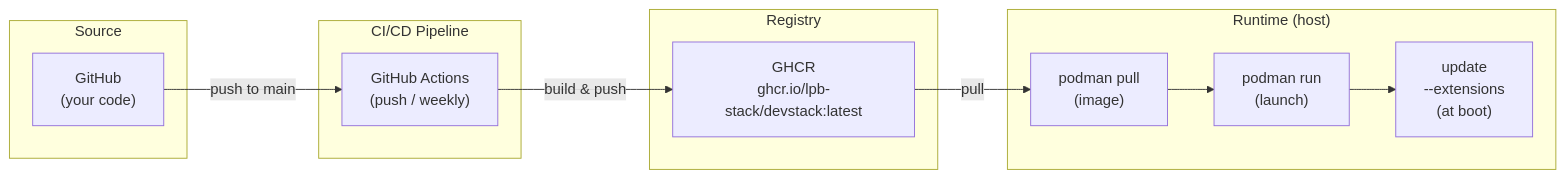
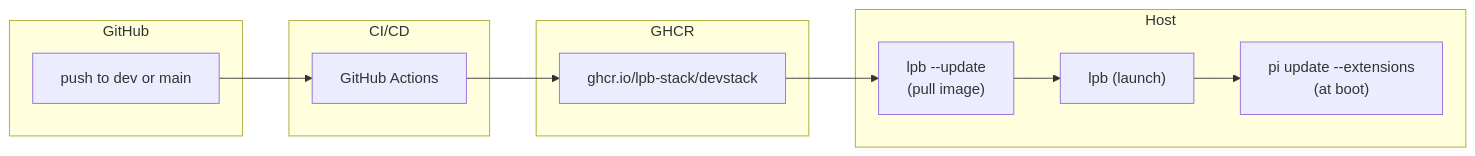
Before and after one commit to localpibox/devstack: the second of 2 diagrams in README.md, drawn with Mermaid. The commit also changed other lines of this file and 12 other files, not shown here.

````diff
--- a/README.md
+++ b/README.md
@@ -159,26 +162,22 @@
 ```mermaid
 flowchart LR
-    subgraph Source["Source"]
-        G["GitHub\n(your code)"]
+    subgraph Source["GitHub"]
+        G["push to dev or main"]
     end
 
-    subgraph Pipeline["CI/CD Pipeline"]
-        CI["GitHub Actions\n(push / weekly)"]
+    subgraph Pipeline["CI/CD"]
+        CI["GitHub Actions"]
     end
 
-    subgraph Registry["Registry"]
-        GHCR["GHCR\nghcr.io/lpb-stack/devstack:latest"]
+    subgraph Registry["GHCR"]
+        GHCR["ghcr.io/lpb-stack/devstack"]
     end
 
-    subgraph Runtime["Runtime (host)"]
-        PODMAN_PULL["podman pull\n(image)"]
-        PODMAN_RUN["podman run\n(launch)"]
-        UPDATE["update\n--extensions\n(at boot)"]
+    subgraph Runtime["Host"]
+        PULL["lpb --update\n(pull image)"]
+        RUN["lpb (launch)"]
+        EXT["pi update --extensions\n(at boot)"]
     end
 
-    G -->|push to main| CI
-    CI -->|build & push| GHCR
-    GHCR -->|pull| PODMAN_PULL
-    PODMAN_PULL --> PODMAN_RUN
-    PODMAN_RUN --> UPDATE
+    G --> CI --> GHCR --> PULL --> RUN --> EXT
 ```
````
